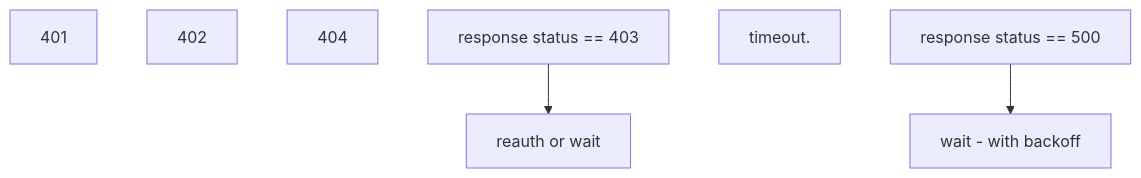
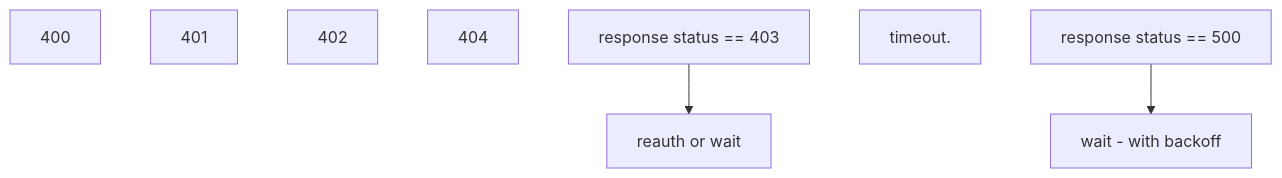
Before and after one commit to seclea/seclea_ai: the fifth of 5 diagrams in docs/design/architecture.md, drawn with Mermaid. The commit also changed other lines of this file and 3 other files, not shown here.

Commit message:
Initial refactor of auth flow - replacing transmission with requests. Need to fix issue with training run data not being json compatible.

````diff
--- a/docs/design/architecture.md
+++ b/docs/design/architecture.md
@@ -238,15 +248,17 @@
 ```mermaid
     flowchart TD
+    
+    400
     
     401
     402
     
     r4[response status == 403] --> auth[reauth or wait]
     
     404
     
     timeout.
     
     r5[response status == 500] --> re[wait - with backoff]
     
 ```
````
